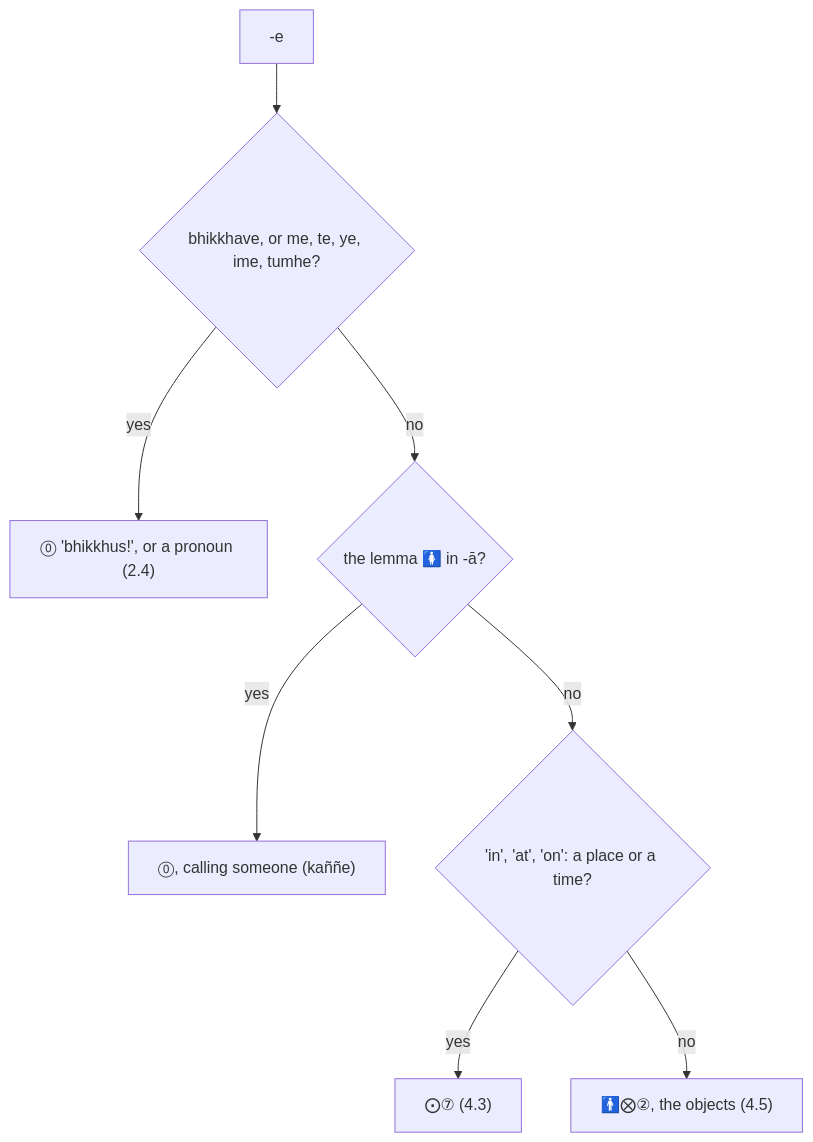
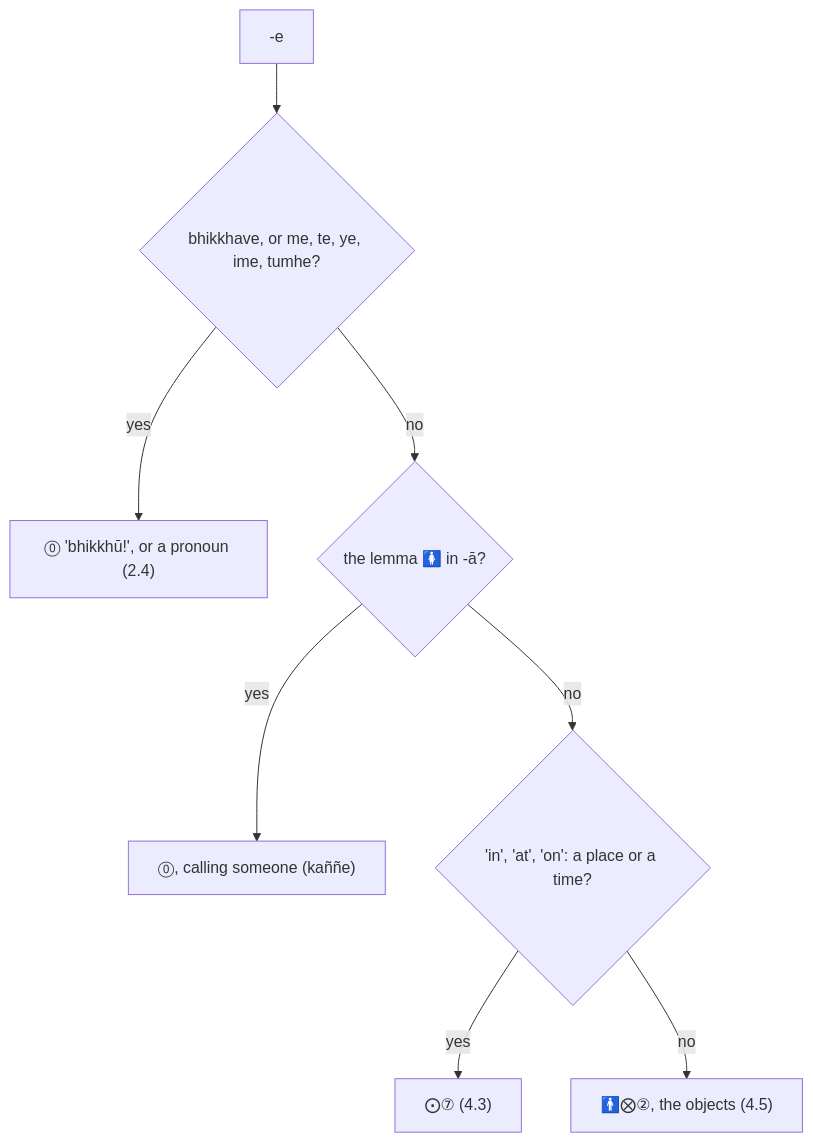
Before and after one commit to ChristineTham/buddhavacana: the fourth of 8 diagrams in src/content/docs/Pali Textbook/1-basics.md, drawn with Mermaid. The commit also changed other lines of this file and 27 other files, not shown here.

````diff
--- a/src/content/docs/Pali Textbook/1-basics.md
+++ b/src/content/docs/Pali Textbook/1-basics.md
@@ -2241,10 +2241,10 @@
 ```mermaid
 flowchart TD
   A["-e"] --> Q1{"bhikkhave, or me, te, ye, ime, tumhe?"}
-  Q1 -->|"yes"| P["⓪ 'bhikkhus!', or a pronoun (2.4)"]
+  Q1 -->|"yes"| P["⓪ 'bhikkhū!', or a pronoun (2.4)"]
   Q1 -->|"no"| Q2{"the lemma 🚺 in -ā?"}
   Q2 -->|"yes"| F["⓪, calling someone (kaññe)"]
   Q2 -->|"no"| Q3{"'in', 'at', 'on': a place or a time?"}
   Q3 -->|"yes"| L["⨀⑦ (4.3)"]
   Q3 -->|"no"| O["🚹⨂②, the objects (4.5)"]
 ```
````
